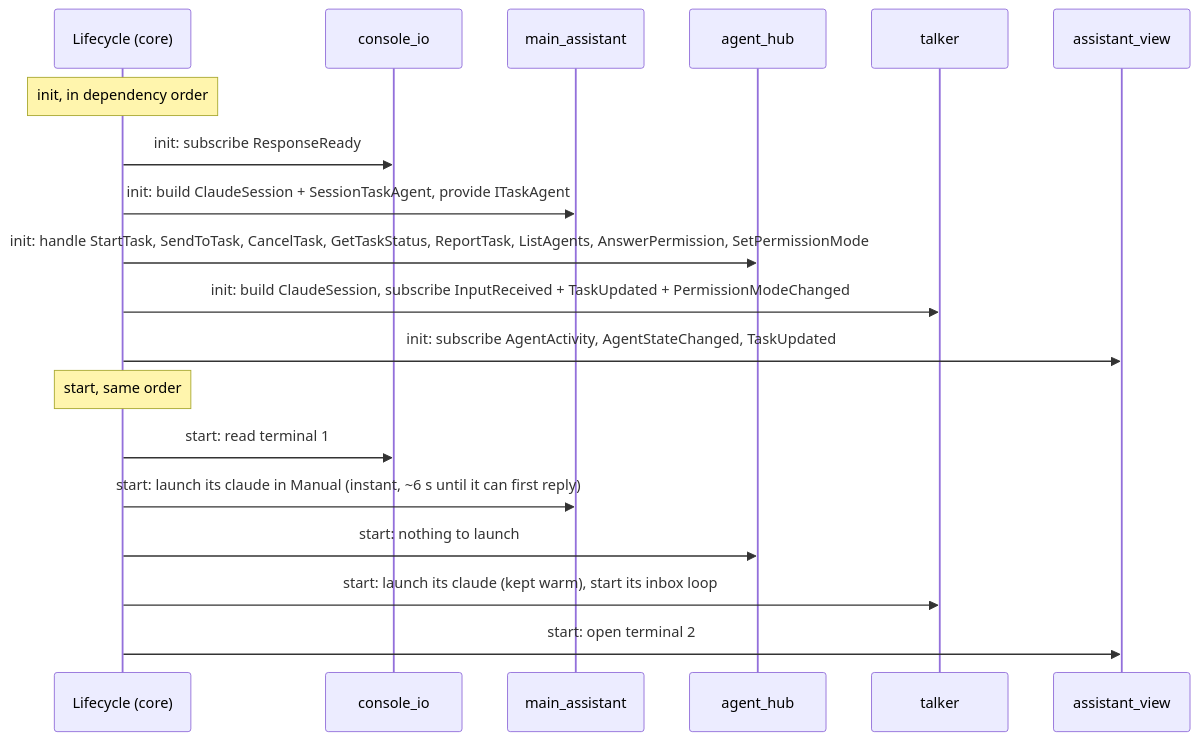
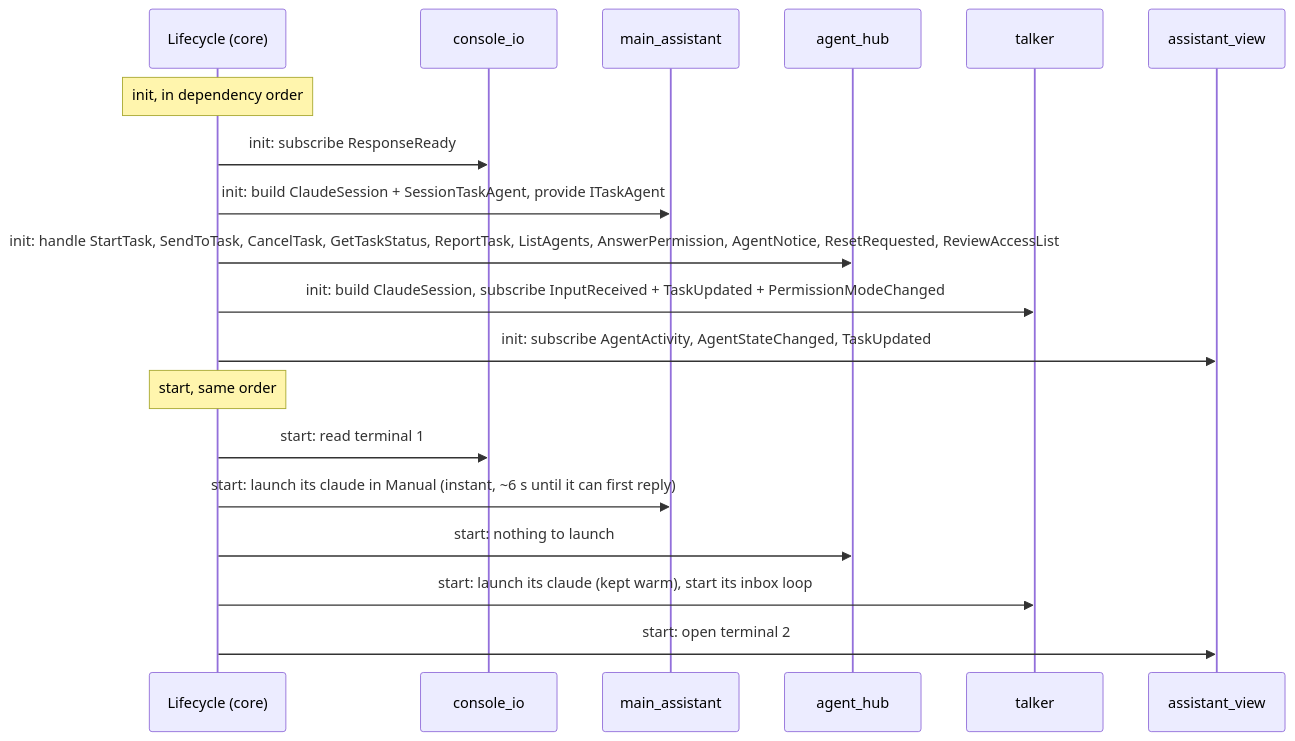
Before and after one commit to sharramon/AI_Assistant: the sixth of 11 diagrams in docs/agents/runtime.md, drawn with Mermaid. The commit also changed other lines of this file and 84 other files, not shown here.

Commit message:
Architecture docs audit: pages checked against the code; seven new SVGs replace the six stale ones; the README bird's-eye; API pages; links to deleted notes fixed; the audit note

````diff
--- a/docs/agents/runtime.md
+++ b/docs/agents/runtime.md
@@ -226,23 +226,23 @@
 ```mermaid
 sequenceDiagram
     participant L as Lifecycle (core)
     participant C as console_io
     participant M as main_assistant
     participant H as agent_hub
     participant T as talker
     participant V as assistant_view
 
     Note over L: init, in dependency order
     L->>C: init: subscribe ResponseReady
     L->>M: init: build ClaudeSession + SessionTaskAgent, provide ITaskAgent
-    L->>H: init: handle StartTask, SendToTask, CancelTask, GetTaskStatus, ReportTask, ListAgents, AnswerPermission, SetPermissionMode
+    L->>H: init: handle StartTask, SendToTask, CancelTask, GetTaskStatus, ReportTask, ListAgents, AnswerPermission, AgentNotice, ResetRequested, ReviewAccessList
     L->>T: init: build ClaudeSession, subscribe InputReceived + TaskUpdated + PermissionModeChanged
     L->>V: init: subscribe AgentActivity, AgentStateChanged, TaskUpdated
 
     Note over L: start, same order
     L->>C: start: read terminal 1
     L->>M: start: launch its claude in Manual (instant, ~6 s until it can first reply)
     L->>H: start: nothing to launch
     L->>T: start: launch its claude (kept warm), start its inbox loop
     L->>V: start: open terminal 2
 ```
````
